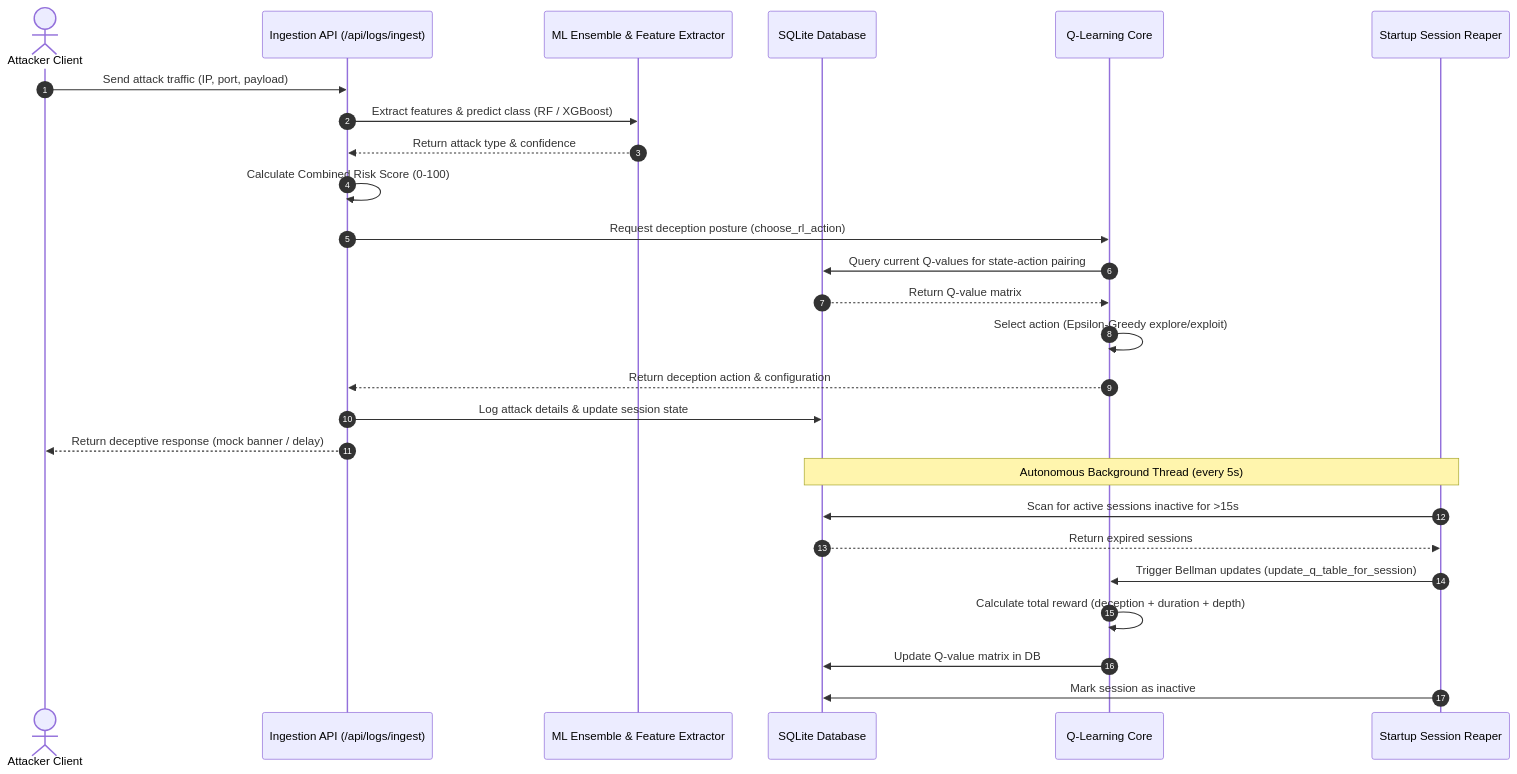
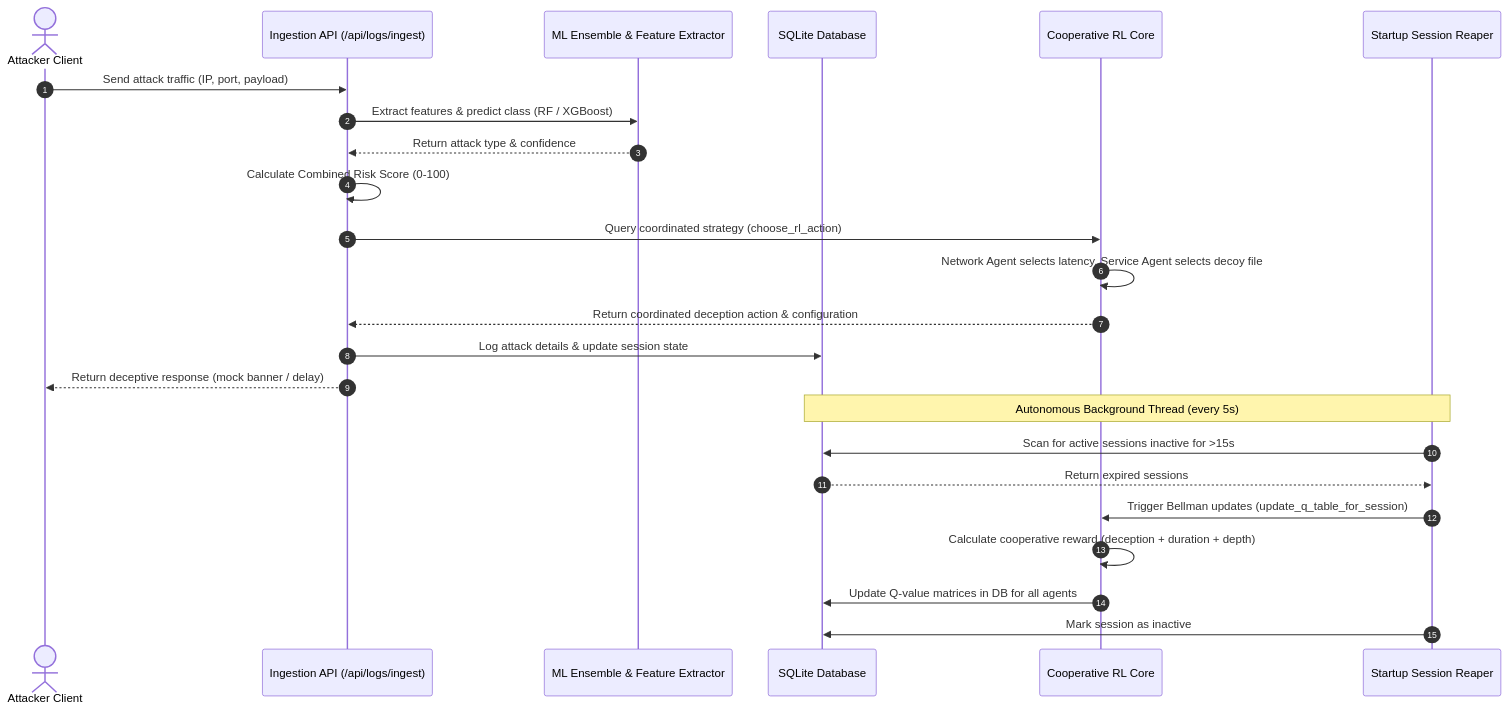
The diagram in README.md (nayefsiddique-eng/Adaptive-Honeypot), drawn with Mermaid before and after one commit. The commit also changed other lines of this file and 14 other files, not shown here.

Commit message:
Implement PRAETOR: Cooperative RL, Digital Twin Simulation, behavior graph analytics, and decision explanations

````diff
--- a/README.md
+++ b/README.md
@@ -94,30 +94,28 @@
 ```mermaid
 sequenceDiagram
     autonumber
     actor Attacker as Attacker Client
     participant API as Ingestion API (/api/logs/ingest)
     participant ML as ML Ensemble & Feature Extractor
     participant DB as SQLite Database
-    participant RL as Q-Learning Core
+    participant CMARL as Cooperative RL Core
     participant Reaper as Startup Session Reaper
 
     Attacker->>API: Send attack traffic (IP, port, payload)
     API->>ML: Extract features & predict class (RF / XGBoost)
     ML-->>API: Return attack type & confidence
     API->>API: Calculate Combined Risk Score (0-100)
-    API->>RL: Request deception posture (choose_rl_action)
-    RL->>DB: Query current Q-values for state-action pairing
-    DB-->>RL: Return Q-value matrix
-    RL->>RL: Select action (Epsilon-Greedy explore/exploit)
-    RL-->>API: Return deception action & configuration
+    API->>CMARL: Query coordinated strategy (choose_rl_action)
+    CMARL->>CMARL: Network Agent selects latency, Service Agent selects decoy file
+    CMARL-->>API: Return coordinated deception action & configuration
     API->>DB: Log attack details & update session state
     API-->>Attacker: Return deceptive response (mock banner / delay)
     
     Note over Reaper, DB: Autonomous Background Thread (every 5s)
     Reaper->>DB: Scan for active sessions inactive for >15s
     DB-->>Reaper: Return expired sessions
-    Reaper->>RL: Trigger Bellman updates (update_q_table_for_session)
-    RL->>RL: Calculate total reward (deception + duration + depth)
-    RL->>DB: Update Q-value matrix in DB
+    Reaper->>CMARL: Trigger Bellman updates (update_q_table_for_session)
+    CMARL->>CMARL: Calculate cooperative reward (deception + duration + depth)
+    CMARL->>DB: Update Q-value matrices in DB for all agents
     Reaper->>DB: Mark session as inactive
 ```
````
